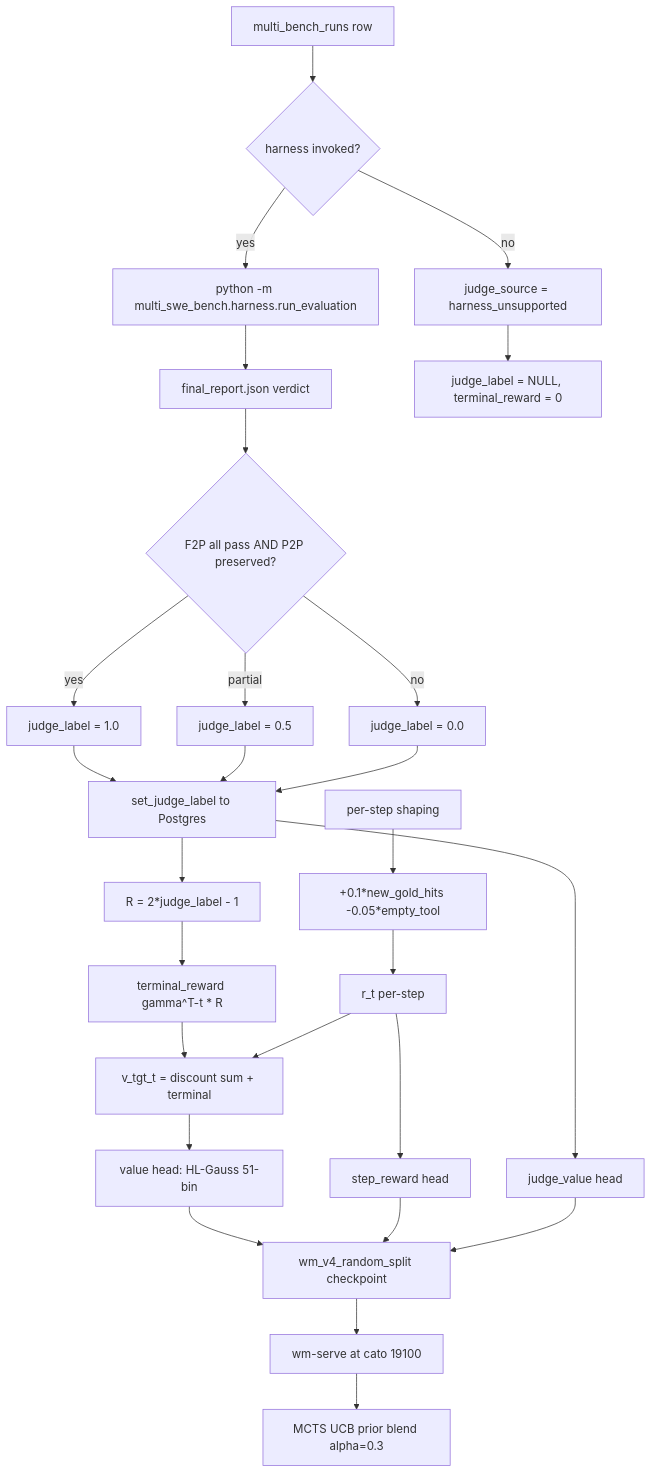
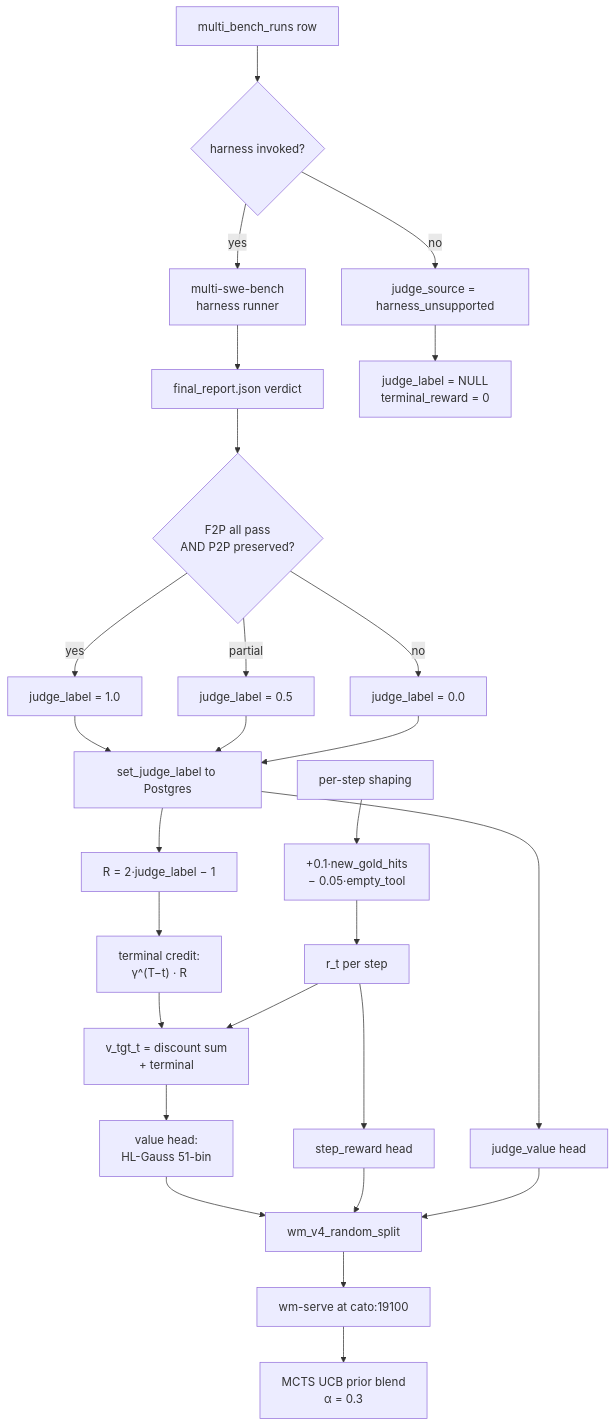
The third of 4 diagrams in src/content/essays/reward-modeling.mdx (samrathchadha/perseusresearch), drawn with Mermaid before and after one commit. The commit also changed other lines of this file and 27 other files, not shown here.

````diff
--- a/src/content/essays/reward-modeling.mdx
+++ b/src/content/essays/reward-modeling.mdx
@@ -709,34 +384,30 @@
 ```mermaid
 flowchart TD
-    A[multi_bench_runs row] --> B{harness invoked?}
-    B -- yes --> C[python -m multi_swe_bench.harness.run_evaluation]
+    A[multi_bench_runs row]
+    A --> B{harness invoked?}
+    B -- yes --> C[multi-swe-bench<br/>harness runner]
     B -- no --> Z[judge_source = harness_unsupported]
     C --> D[final_report.json verdict]
-    D --> E{F2P all pass AND P2P preserved?}
+    D --> E{F2P all pass<br/>AND P2P preserved?}
     E -- yes --> F[judge_label = 1.0]
     E -- partial --> G[judge_label = 0.5]
     E -- no --> H[judge_label = 0.0]
-
     F --> I[set_judge_label to Postgres]
     G --> I
     H --> I
-    Z --> J[judge_label = NULL, terminal_reward = 0]
-
-    I --> K[R = 2*judge_label - 1]
-    K --> L[terminal_reward gamma^T-t * R]
-    L --> M[v_tgt_t = discount sum + terminal]
-
-    N[per-step shaping] --> O[+0.1*new_gold_hits -0.05*empty_tool]
-    O --> P[r_t per-step]
+    Z --> J[judge_label = NULL<br/>terminal_reward = 0]
+    I --> K["R = 2·judge_label − 1"]
+    K --> L["terminal credit:<br/>γ^(T−t) · R"]
+    L --> M["v_tgt_t = discount sum<br/>+ terminal"]
+    N[per-step shaping] --> O["+0.1·new_gold_hits<br/>− 0.05·empty_tool"]
+    O --> P[r_t per step]
     P --> M
-
-    M --> Q[value head: HL-Gauss 51-bin]
+    M --> Q[value head:<br/>HL-Gauss 51-bin]
     P --> R2[step_reward head]
     I --> S[judge_value head]
-
-    Q --> T[wm_v4_random_split checkpoint]
+    Q --> T[wm_v4_random_split]
     R2 --> T
     S --> T
-    T --> U[wm-serve at cato 19100]
-    U --> V[MCTS UCB prior blend alpha=0.3]
+    T --> U[wm-serve at cato:19100]
+    U --> V["MCTS UCB prior blend<br/>α = 0.3"]
 ```
````
